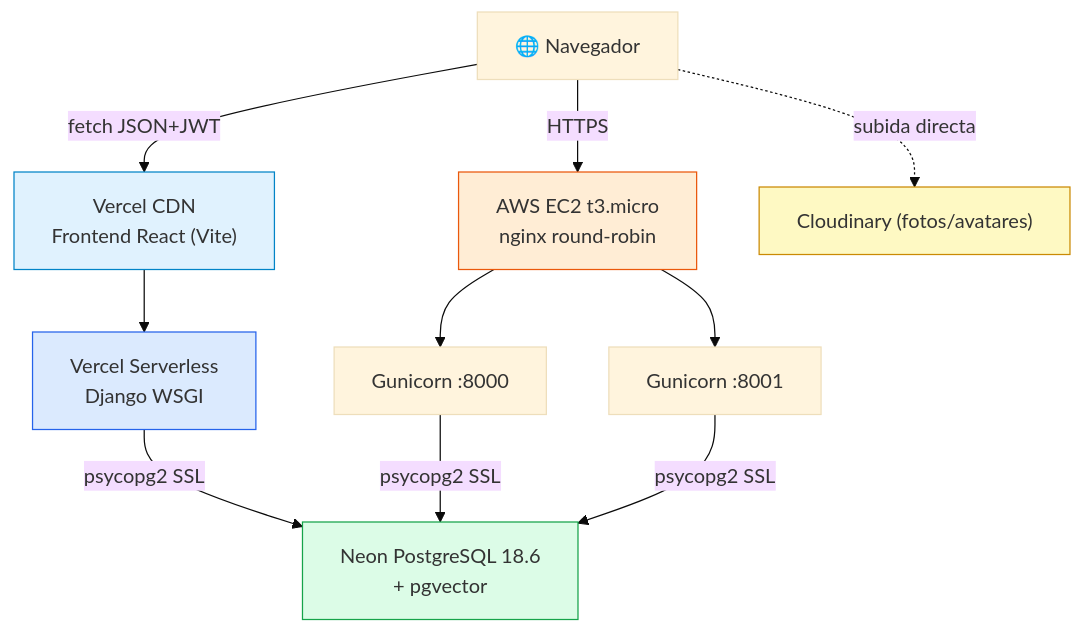
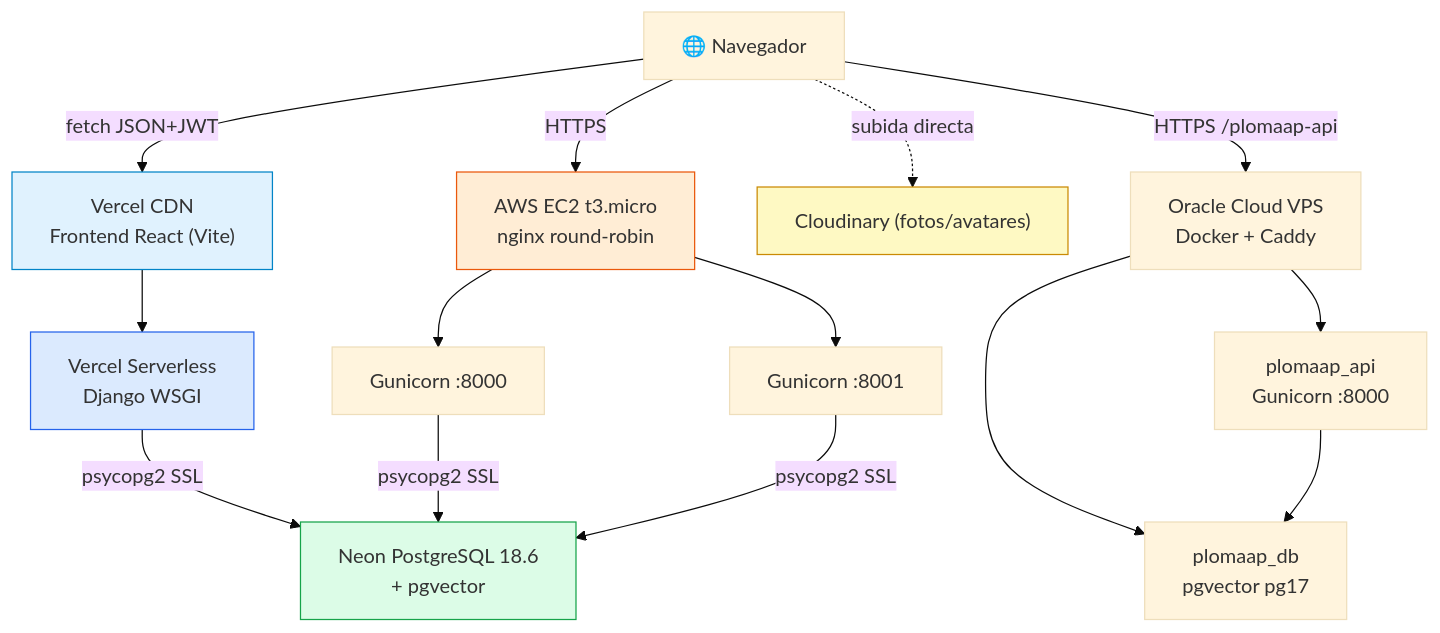
Before and after one commit to Ricy24/plomaap_django: the diagram in README.md, drawn with Mermaid (base theme). The commit also changed other lines of this file and 1 other file, not shown here.

Commit message:
docs(deploy): agrega despliegue en Oracle Cloud (Docker + Caddy) a la documentacion

````diff
--- a/README.md
+++ b/README.md
@@ -38,27 +39,31 @@
 ```mermaid
 flowchart TD
     Browser["🌐 Navegador"]
     VCDN["Vercel CDN<br/>Frontend React (Vite)"]
     VS["Vercel Serverless<br/>Django WSGI"]
     AWS["AWS EC2 t3.micro<br/>nginx round-robin"]
     G1["Gunicorn :8000"]
     G2["Gunicorn :8001"]
     NEON["Neon PostgreSQL 18.6<br/>+ pgvector"]
     CLD["Cloudinary (fotos/avatares)"]
 
     Browser -->|fetch JSON+JWT| VCDN
     VCDN --> VS
     VS -->|psycopg2 SSL| NEON
     Browser -->|HTTPS| AWS
     AWS --> G1
     AWS --> G2
     G1 -->|psycopg2 SSL| NEON
     G2 -->|psycopg2 SSL| NEON
+    Browser -->|HTTPS /plomaap-api| ORACLE["Oracle Cloud VPS<br/>Docker + Caddy"]
+    ORACLE --> OAPI["plomaap_api<br/>Gunicorn :8000"]
+    ORACLE --> ODB["plomaap_db<br/>pgvector pg17"]
+    OAPI --> ODB
     Browser -.->|subida directa| CLD
 
     style VCDN fill:#e0f2fe,stroke:#0284c7
     style VS fill:#dbeafe,stroke:#2563eb
     style AWS fill:#ffedd5,stroke:#ea580c
     style NEON fill:#dcfce7,stroke:#16a34a
     style CLD fill:#fef9c3,stroke:#ca8a04
 ```
````
